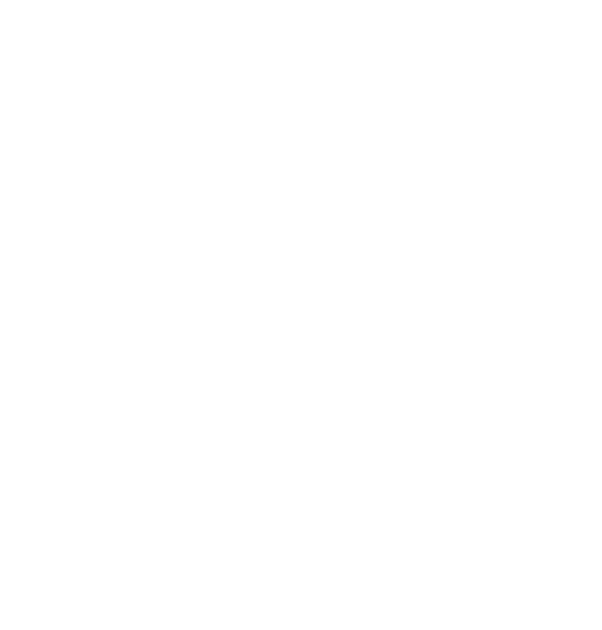
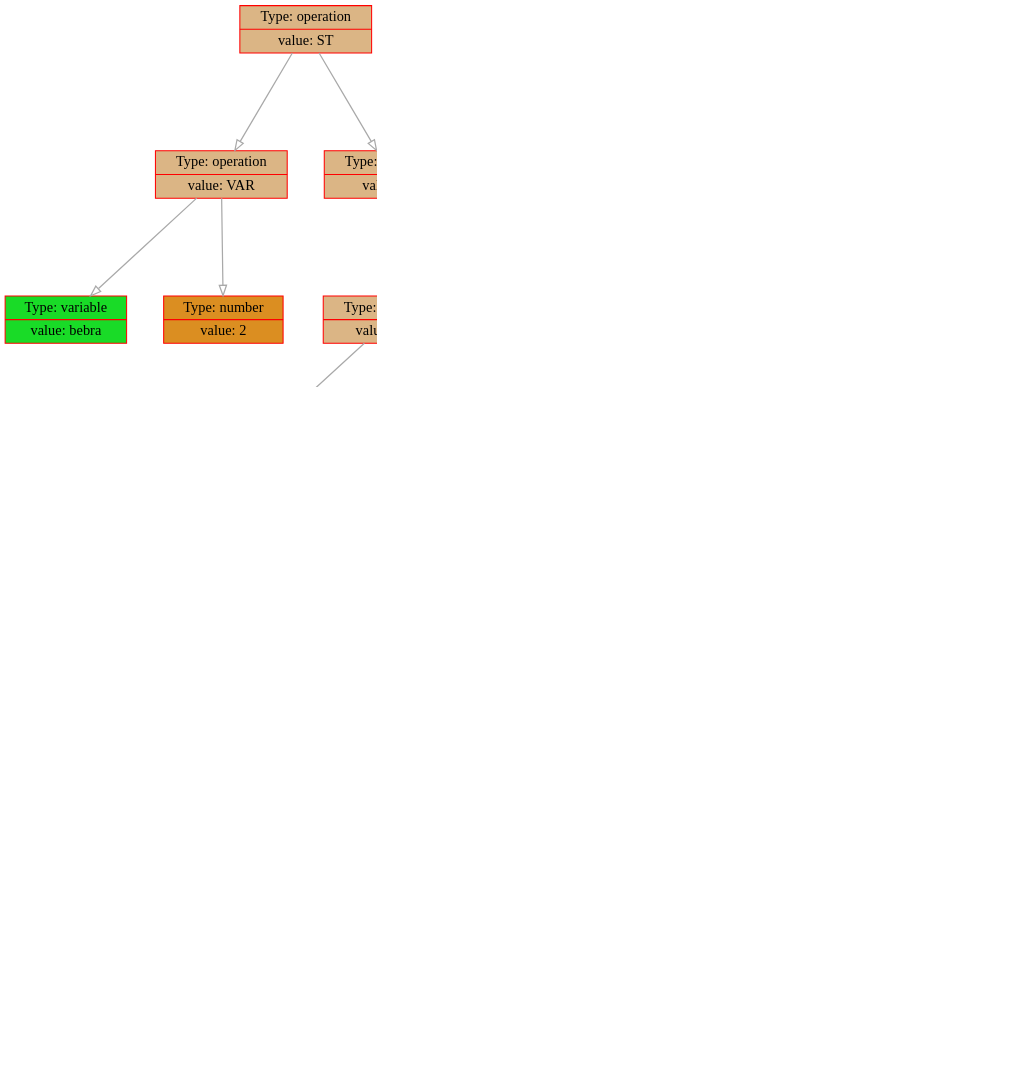
The diagram in frontend/data/graph.dot (dodokek/ProgrammingLanguage), drawn with Graphviz before and after one commit. The commit also changed 13 other files, not shown here.

```diff
--- a/frontend/data/graph.dot
+++ b/frontend/data/graph.dot
@@ -1,40 +1,76 @@
 
     digraph g {
         dpi      = 200;
         fontname = "Comic Sans MS";
         fontsize = 20;
         rankdir   =  TB;
         edge [color = darkgrey, arrowhead = onormal, arrowsize = 1, penwidth = 1.2]
         graph[fillcolor = lightgreen, ranksep = 1.3, nodesep = 0.5,
         style = "rounded, filled",color = green, penwidth = 2]
 
-    Node000002822eff7900[shape=record, width=0.2, style="filled", color="red", fillcolor="#DBB585",label=" {Type: operation | value: ST}"] 
+    Node000001d76f318520[shape=record, width=0.2, style="filled", color="red", fillcolor="#DBB585",label=" {Type: operation | value: ST}"] 
  
-Node000002822eff78d0[shape=record, width=0.2, style="filled", color="red", fillcolor="#DBB585",label=" {Type: operation | value: IF}"] 
+Node000001d76f317610[shape=record, width=0.2, style="filled", color="red", fillcolor="#DBB585",label=" {Type: operation | value: VAR}"] 
  
-Node000002822eff77b0[shape=record, width=0.2, style="filled", color="red", fillcolor="#DBB585",label=" {Type: operation | value: IS_EE}"] 
+Node000001d76f3175b0[shape=record, width=0.2, style="filled", color="red", fillcolor="#19DB27",label=" {Type: variable | value: bebra}"] 
  
-Node000002822eff75b0[shape=record, width=0.2, style="filled", color="red", fillcolor="#DB8E21",label=" {Type: number | value: 2}"] 
+Node000001d76f3175e0[shape=record, width=0.2, style="filled", color="red", fillcolor="#DB8E21",label=" {Type: number | value: 2}"] 
  
-Node000002822eff75e0[shape=record, width=0.2, style="filled", color="red", fillcolor="#DB8E21",label=" {Type: number | value: 2}"] 
+Node000001d76f3183d0[shape=record, width=0.2, style="filled", color="red", fillcolor="#DBB585",label=" {Type: operation | value: ST}"] 
  
-Node000002822eff78a0[shape=record, width=0.2, style="filled", color="red", fillcolor="#DBB585",label=" {Type: operation | value: ELSE}"] 
+Node000001d76f318110[shape=record, width=0.2, style="filled", color="red", fillcolor="#DBB585",label=" {Type: operation | value: VAR}"] 
  
-Node000002822eff7810[shape=record, width=0.2, style="filled", color="red", fillcolor="#DBB585",label=" {Type: operation | value: ST}"] 
+Node000001d76f317640[shape=record, width=0.2, style="filled", color="red", fillcolor="#19DB27",label=" {Type: variable | value: kok}"] 
  
-Node000002822eff77e0[shape=record, width=0.2, style="filled", color="red", fillcolor="#DB8E21",label=" {Type: number | value: 2}"] 
+Node000001d76f3180e0[shape=record, width=0.2, style="filled", color="red", fillcolor="#DB8E21",label=" {Type: number | value: 2}"] 
  
-Node000002822eff7870[shape=record, width=0.2, style="filled", color="red", fillcolor="#DBB585",label=" {Type: operation | value: ST}"] 
+Node000001d76f318490[shape=record, width=0.2, style="filled", color="red", fillcolor="#DBB585",label=" {Type: operation | value: ST}"] 
  
-Node000002822eff7840[shape=record, width=0.2, style="filled", color="red", fillcolor="#DB8E21",label=" {Type: number | value: 3}"] 
+Node000001d76f318430[shape=record, width=0.2, style="filled", color="red", fillcolor="#DBB585",label=" {Type: operation | value: VAR}"] 
  
-Node000002822eff7900->Node000002822eff78d0
-Node000002822eff78d0->Node000002822eff77b0
-Node000002822eff77b0->Node000002822eff75b0
-Node000002822eff77b0->Node000002822eff75e0
-Node000002822eff78d0->Node000002822eff78a0
-Node000002822eff78a0->Node000002822eff7810
-Node000002822eff7810->Node000002822eff77e0
-Node000002822eff78a0->Node000002822eff7870
-Node000002822eff7870->Node000002822eff7840
+Node000001d76f318140[shape=record, width=0.2, style="filled", color="red", fillcolor="#19DB27",label=" {Type: variable | value: saker}"] 
+ 
+Node000001d76f3184f0[shape=record, width=0.2, style="filled", color="red", fillcolor="#DB8E21",label=" {Type: number | value: 2}"] 
+ 
+Node000001d76f3182b0[shape=record, width=0.2, style="filled", color="red", fillcolor="#DBB585",label=" {Type: operation | value: ST}"] 
+ 
+Node000001d76f3184c0[shape=record, width=0.2, style="filled", color="red", fillcolor="#DBB585",label=" {Type: operation | value: IF}"] 
+ 
+Node000001d76f318370[shape=record, width=0.2, style="filled", color="red", fillcolor="#DBB585",label=" {Type: operation | value: IS_EE}"] 
+ 
+Node000001d76f318280[shape=record, width=0.2, style="filled", color="red", fillcolor="#19DB27",label=" {Type: variable | value: bebra}"] 
+ 
+Node000001d76f3181c0[shape=record, width=0.2, style="filled", color="red", fillcolor="#19DB27",label=" {Type: variable | value: saker}"] 
+ 
+Node000001d76f318400[shape=record, width=0.2, style="filled", color="red", fillcolor="#DBB585",label=" {Type: operation | value: ELSE}"] 
+ 
+Node000001d76f318310[shape=record, width=0.2, style="filled", color="red", fillcolor="#DBB585",label=" {Type: operation | value: ST}"] 
+ 
+Node000001d76f318460[shape=record, width=0.2, style="filled", color="red", fillcolor="#DB8E21",label=" {Type: number | value: 2}"] 
+ 
+Node000001d76f318220[shape=record, width=0.2, style="filled", color="red", fillcolor="#DBB585",label=" {Type: operation | value: ST}"] 
+ 
+Node000001d76f3181f0[shape=record, width=0.2, style="filled", color="red", fillcolor="#DB8E21",label=" {Type: number | value: 3}"] 
+ 
+Node000001d76f318520->Node000001d76f317610
+Node000001d76f317610->Node000001d76f3175b0
+Node000001d76f317610->Node000001d76f3175e0
+Node000001d76f318520->Node000001d76f3183d0
+Node000001d76f3183d0->Node000001d76f318110
+Node000001d76f318110->Node000001d76f317640
+Node000001d76f318110->Node000001d76f3180e0
+Node000001d76f3183d0->Node000001d76f318490
+Node000001d76f318490->Node000001d76f318430
+Node000001d76f318430->Node000001d76f318140
+Node000001d76f318430->Node000001d76f3184f0
+Node000001d76f318490->Node000001d76f3182b0
+Node000001d76f3182b0->Node000001d76f3184c0
+Node000001d76f3184c0->Node000001d76f318370
+Node000001d76f318370->Node000001d76f318280
+Node000001d76f318370->Node000001d76f3181c0
+Node000001d76f3184c0->Node000001d76f318400
+Node000001d76f318400->Node000001d76f318310
+Node000001d76f318310->Node000001d76f318460
+Node000001d76f318400->Node000001d76f318220
+Node000001d76f318220->Node000001d76f3181f0
 }
```
